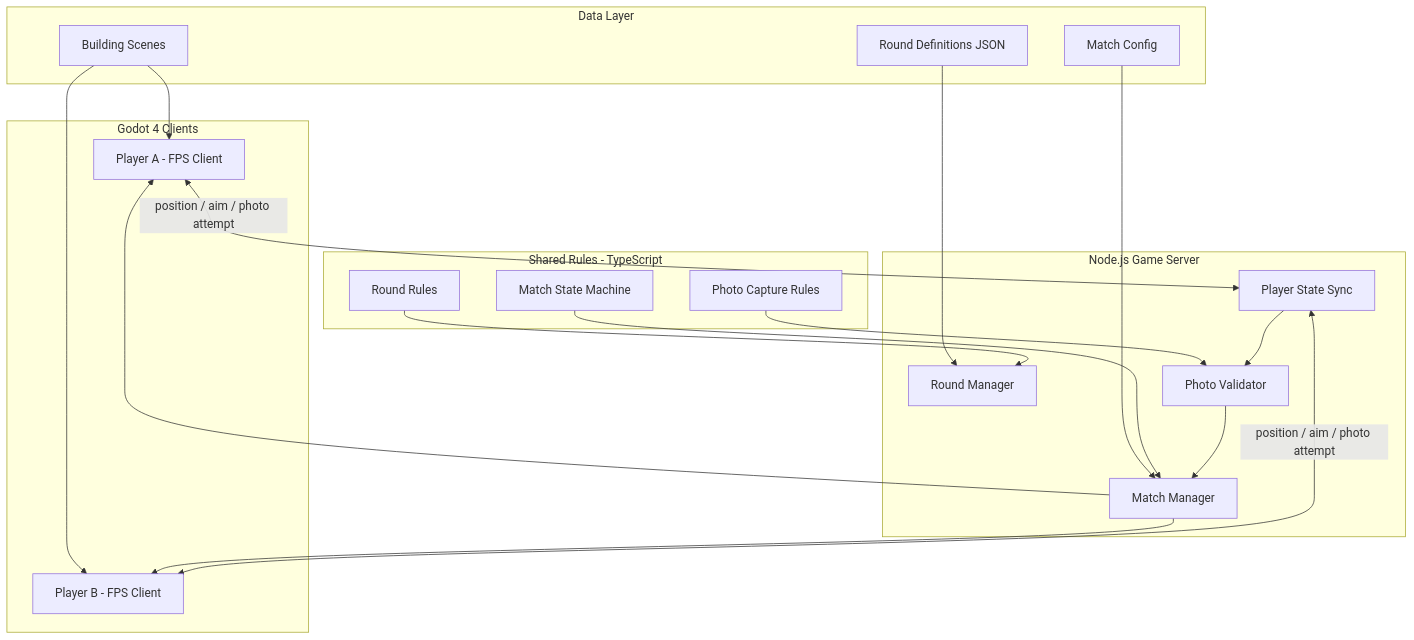
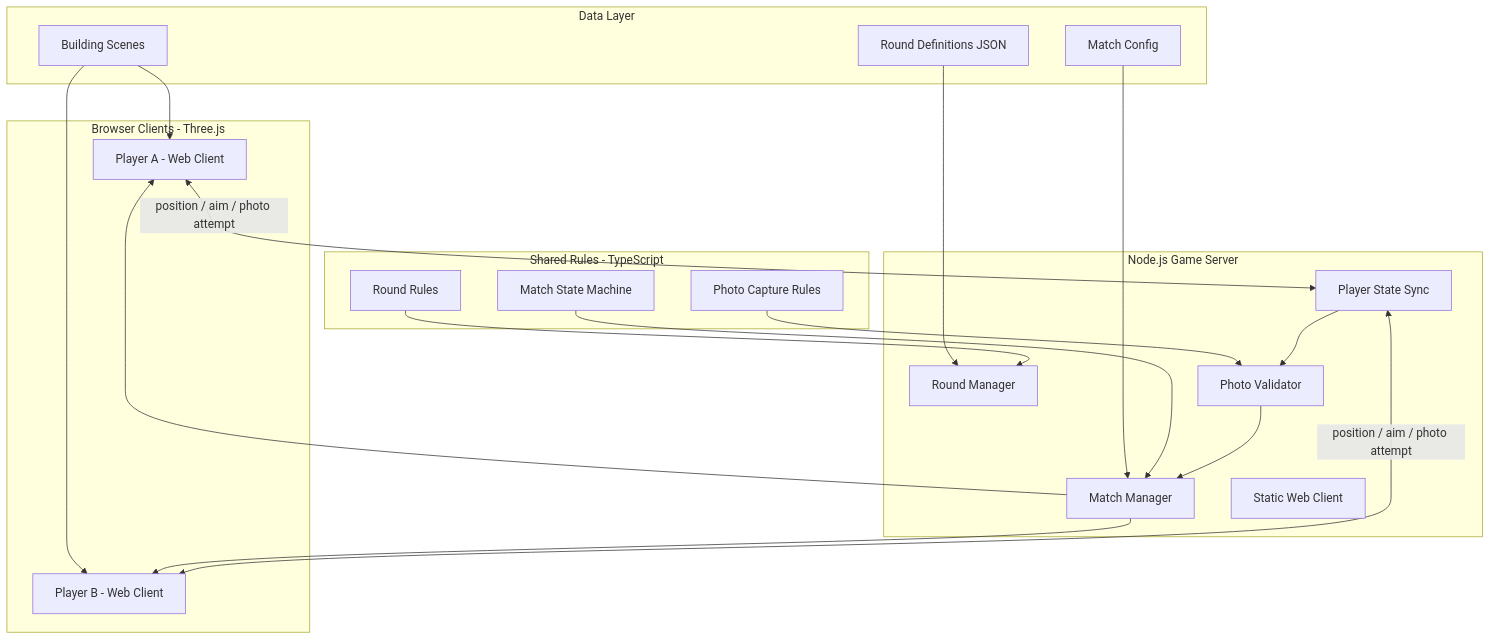
One commit to tylerxia8/photo-snipe changed the second of 4 diagrams in docs/ARCHITECTURE.md. Above: the diagram before and after it, drawn with Mermaid. The commit also changed other lines of this file and 11 other files, not shown here.

````diff
--- a/docs/ARCHITECTURE.md
+++ b/docs/ARCHITECTURE.md
@@ -71,41 +71,42 @@
 ```mermaid
 flowchart TB
-    subgraph clients [Godot 4 Clients]
-        C1[Player A - FPS Client]
-        C2[Player B - FPS Client]
+    subgraph clients [Browser Clients - Three.js]
+        C1[Player A - Web Client]
+        C2[Player B - Web Client]
     end
 
     subgraph server [Node.js Game Server]
         MM[Match Manager]
         RV[Round Manager]
         PV[Photo Validator]
         PS[Player State Sync]
+        SC[Static Web Client]
     end
 
     subgraph data [Data Layer]
         RD[Round Definitions JSON]
         BS[Building Scenes]
         MR[Match Config]
     end
 
     subgraph core [Shared Rules - TypeScript]
         PR[Photo Capture Rules]
         RR[Round Rules]
         MS[Match State Machine]
     end
 
     RD --> RV
     BS --> C1
     BS --> C2
     MR --> MM
     PR --> PV
     RR --> RV
     MS --> MM
 
     C1 <-->|position / aim / photo attempt| PS
     C2 <-->|position / aim / photo attempt| PS
     PS --> PV
     PV --> MM
     MM --> C1
     MM --> C2
 ```
````
